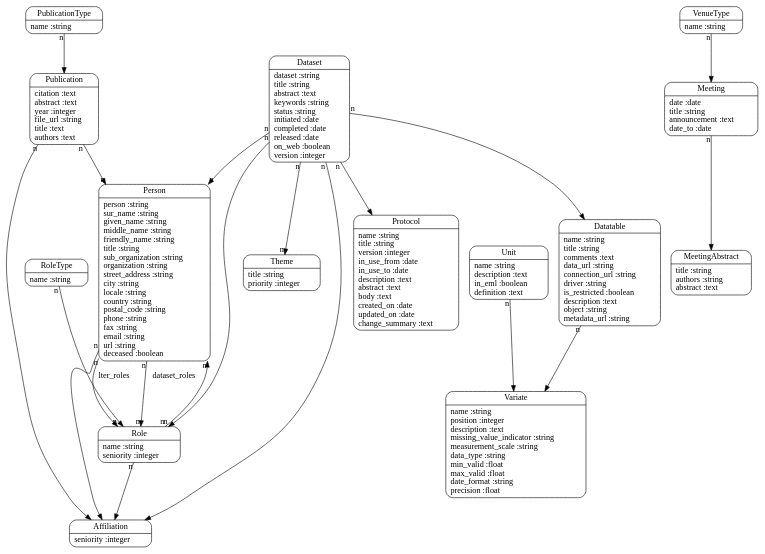
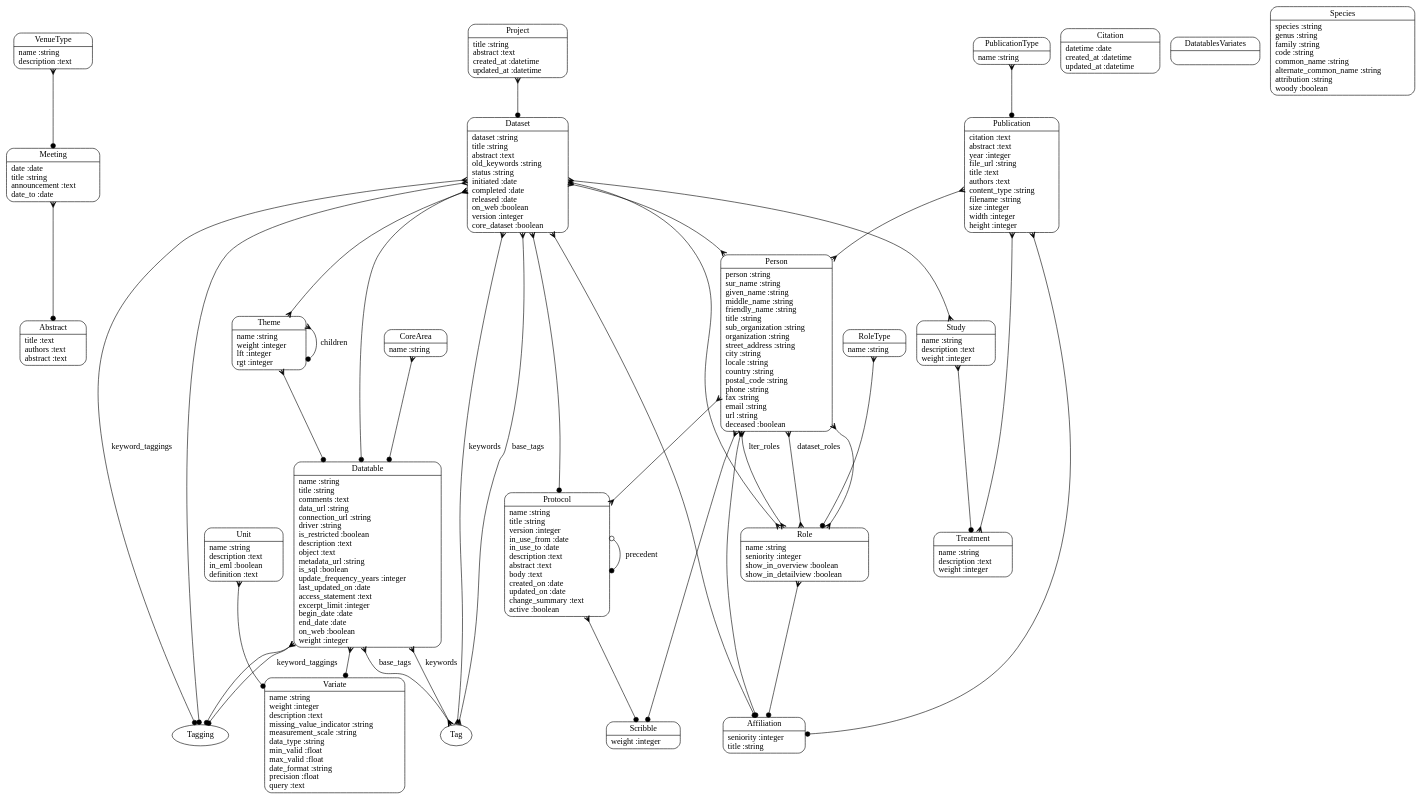
One commit to kf8a/metadata changed the diagram in doc/models.dot. Above: the diagram before and after it, drawn with Graphviz. The commit also changed 2 other files, not shown here.

```diff
--- a/doc/models.dot
+++ b/doc/models.dot
@@ -1,37 +1,64 @@
 digraph models_diagram {
 	graph[overlap=false, splines=true]
-	"Affiliation" [shape=Mrecord, label="{Affiliation|seniority :integer\l}"]
-	"Dataset" [shape=Mrecord, label="{Dataset|dataset :string\ltitle :string\labstract :text\lkeywords :string\lstatus :string\linitiated :date\lcompleted :date\lreleased :date\lon_web :boolean\lversion :integer\l}"]
-	"Datatable" [shape=Mrecord, label="{Datatable|name :string\ltitle :string\lcomments :text\ldata_url :string\lconnection_url :string\ldriver :string\lis_restricted :boolean\ldescription :text\lobject :string\lmetadata_url :string\l}"]
+	"Abstract" [shape=Mrecord, label="{Abstract|title :text\lauthors :text\labstract :text\l}"]
+	"Affiliation" [shape=Mrecord, label="{Affiliation|seniority :integer\ltitle :string\l}"]
+	"Citation" [shape=Mrecord, label="{Citation|datetime :date\lcreated_at :datetime\lupdated_at :datetime\l}"]
+	"CoreArea" [shape=Mrecord, label="{CoreArea|name :string\l}"]
+	"Dataset" [shape=Mrecord, label="{Dataset|dataset :string\ltitle :string\labstract :text\lold_keywords :string\lstatus :string\linitiated :date\lcompleted :date\lreleased :date\lon_web :boolean\lversion :integer\lcore_dataset :boolean\l}"]
+	"Datatable" [shape=Mrecord, label="{Datatable|name :string\ltitle :string\lcomments :text\ldata_url :string\lconnection_url :string\ldriver :string\lis_restricted :boolean\ldescription :text\lobject :text\lmetadata_url :string\lis_sql :boolean\lupdate_frequency_years :integer\llast_updated_on :date\laccess_statement :text\lexcerpt_limit :integer\lbegin_date :date\lend_date :date\lon_web :boolean\lweight :integer\l}"]
+	"DatatablesVariates" [shape=Mrecord, label="{DatatablesVariates|\l}"]
 	"Meeting" [shape=Mrecord, label="{Meeting|date :date\ltitle :string\lannouncement :text\ldate_to :date\l}"]
-	"MeetingAbstract" [shape=Mrecord, label="{MeetingAbstract|title :string\lauthors :string\labstract :text\l}"]
 	"Person" [shape=Mrecord, label="{Person|person :string\lsur_name :string\lgiven_name :string\lmiddle_name :string\lfriendly_name :string\ltitle :string\lsub_organization :string\lorganization :string\lstreet_address :string\lcity :string\llocale :string\lcountry :string\lpostal_code :string\lphone :string\lfax :string\lemail :string\lurl :string\ldeceased :boolean\l}"]
-	"Protocol" [shape=Mrecord, label="{Protocol|name :string\ltitle :string\lversion :integer\lin_use_from :date\lin_use_to :date\ldescription :text\labstract :text\lbody :text\lcreated_on :date\lupdated_on :date\lchange_summary :text\l}"]
-	"Publication" [shape=Mrecord, label="{Publication|citation :text\labstract :text\lyear :integer\lfile_url :string\ltitle :text\lauthors :text\l}"]
+	"Project" [shape=Mrecord, label="{Project|title :string\labstract :text\lcreated_at :datetime\lupdated_at :datetime\l}"]
+	"Protocol" [shape=Mrecord, label="{Protocol|name :string\ltitle :string\lversion :integer\lin_use_from :date\lin_use_to :date\ldescription :text\labstract :text\lbody :text\lcreated_on :date\lupdated_on :date\lchange_summary :text\lactive :boolean\l}"]
+	"Publication" [shape=Mrecord, label="{Publication|citation :text\labstract :text\lyear :integer\lfile_url :string\ltitle :text\lauthors :text\lcontent_type :string\lfilename :string\lsize :integer\lwidth :integer\lheight :integer\l}"]
 	"PublicationType" [shape=Mrecord, label="{PublicationType|name :string\l}"]
-	"Role" [shape=Mrecord, label="{Role|name :string\lseniority :integer\l}"]
+	"Role" [shape=Mrecord, label="{Role|name :string\lseniority :integer\lshow_in_overview :boolean\lshow_in_detailview :boolean\l}"]
 	"RoleType" [shape=Mrecord, label="{RoleType|name :string\l}"]
-	"Theme" [shape=Mrecord, label="{Theme|title :string\lpriority :integer\l}"]
+	"Scribble" [shape=Mrecord, label="{Scribble|weight :integer\l}"]
+	"Species" [shape=Mrecord, label="{Species|species :string\lgenus :string\lfamily :string\lcode :string\lcommon_name :string\lalternate_common_name :string\lattribution :string\lwoody :boolean\l}"]
+	"Study" [shape=Mrecord, label="{Study|name :string\ldescription :text\lweight :integer\l}"]
+	"Theme" [shape=Mrecord, label="{Theme|name :string\lweight :integer\llft :integer\lrgt :integer\l}"]
+	"Treatment" [shape=Mrecord, label="{Treatment|name :string\ldescription :text\lweight :integer\l}"]
 	"Unit" [shape=Mrecord, label="{Unit|name :string\ldescription :text\lin_eml :boolean\ldefinition :text\l}"]
-	"Variate" [shape=Mrecord, label="{Variate|name :string\lposition :integer\ldescription :text\lmissing_value_indicator :string\lmeasurement_scale :string\ldata_type :string\lmin_valid :float\lmax_valid :float\ldate_format :string\lprecision :float\l}"]
-	"VenueType" [shape=Mrecord, label="{VenueType|name :string\l}"]
-	"Dataset" -> "Theme" [taillabel="n", headlabel="n", arrowtail="normal"]
-	"Dataset" -> "Affiliation" [taillabel="n"]
-	"Dataset" -> "Person" [taillabel="n", headlabel="n", arrowtail="normal"]
-	"Dataset" -> "Protocol" [taillabel="n"]
-	"Dataset" -> "Role" [taillabel="n", headlabel="n", arrowtail="normal"]
-	"Dataset" -> "Datatable" [taillabel="n"]
-	"Datatable" -> "Variate" [taillabel="n"]
-	"Meeting" -> "MeetingAbstract" [taillabel="n"]
-	"Person" -> "Affiliation" [taillabel="n"]
-	"Person" -> "Role" [label="lter_roles", taillabel="n", headlabel="n", arrowtail="normal"]
-	"Person" -> "Role" [label="dataset_roles", taillabel="n", headlabel="n", arrowtail="normal"]
-	"Publication" -> "Affiliation" [taillabel="n"]
-	"Publication" -> "Person" [taillabel="n", headlabel="n", arrowtail="normal"]
-	"PublicationType" -> "Publication" [taillabel="n"]
-	"Role" -> "Affiliation" [taillabel="n"]
-	"Role" -> "Person" [taillabel="n", headlabel="n", arrowtail="normal"]
-	"RoleType" -> "Role" [taillabel="n"]
-	"Unit" -> "Variate" [taillabel="n"]
-	"VenueType" -> "Meeting" [taillabel="n"]
+	"Variate" [shape=Mrecord, label="{Variate|name :string\lweight :integer\ldescription :text\lmissing_value_indicator :string\lmeasurement_scale :string\ldata_type :string\lmin_valid :float\lmax_valid :float\ldate_format :string\lprecision :float\lquery :text\l}"]
+	"VenueType" [shape=Mrecord, label="{VenueType|name :string\ldescription :text\l}"]
+	"CoreArea" -> "Datatable" [arrowtail=crow, arrowhead=dot, dir=both]
+	"Dataset" -> "Datatable" [arrowtail=crow, arrowhead=dot, dir=both]
+	"Dataset" -> "Protocol" [arrowtail=crow, arrowhead=dot, dir=both]
+	"Dataset" -> "Person" [arrowtail=crow, arrowhead=crow, dir=both]
+	"Dataset" -> "Affiliation" [arrowtail=crow, arrowhead=dot, dir=both]
+	"Dataset" -> "Role" [arrowtail=crow, arrowhead=crow, dir=both]
+	"Dataset" -> "Theme" [arrowtail=crow, arrowhead=crow, dir=both]
+	"Dataset" -> "Study" [arrowtail=crow, arrowhead=crow, dir=both]
+	"Dataset" -> "Tagging" [label="keyword_taggings", arrowtail=crow, arrowhead=dot, dir=both]
+	"Dataset" -> "Tag" [label="keywords", arrowtail=crow, arrowhead=crow, dir=both]
+	"Dataset" -> "Tagging" [arrowtail=crow, arrowhead=dot, dir=both]
+	"Dataset" -> "Tag" [label="base_tags", arrowtail=crow, arrowhead=crow, dir=both]
+	"Datatable" -> "Variate" [arrowtail=crow, arrowhead=dot, dir=both]
+	"Datatable" -> "Tagging" [label="keyword_taggings", arrowtail=crow, arrowhead=dot, dir=both]
+	"Datatable" -> "Tag" [label="keywords", arrowtail=crow, arrowhead=crow, dir=both]
+	"Datatable" -> "Tagging" [arrowtail=crow, arrowhead=dot, dir=both]
+	"Datatable" -> "Tag" [label="base_tags", arrowtail=crow, arrowhead=crow, dir=both]
+	"Meeting" -> "Abstract" [arrowtail=crow, arrowhead=dot, dir=both]
+	"Person" -> "Affiliation" [arrowtail=crow, arrowhead=dot, dir=both]
+	"Person" -> "Role" [label="lter_roles", arrowtail=crow, arrowhead=crow, dir=both]
+	"Person" -> "Role" [label="dataset_roles", arrowtail=crow, arrowhead=crow, dir=both]
+	"Person" -> "Scribble" [arrowtail=crow, arrowhead=dot, dir=both]
+	"Person" -> "Protocol" [arrowtail=crow, arrowhead=crow, dir=both]
+	"Project" -> "Dataset" [arrowtail=crow, arrowhead=dot, dir=both]
+	"Protocol" -> "Scribble" [arrowtail=crow, arrowhead=dot, dir=both]
+	"Protocol" -> "Protocol" [label="precedent", arrowtail=odot, arrowhead=dot, dir=both]
+	"Publication" -> "Affiliation" [arrowtail=crow, arrowhead=dot, dir=both]
+	"Publication" -> "Person" [arrowtail=crow, arrowhead=crow, dir=both]
+	"Publication" -> "Treatment" [arrowtail=crow, arrowhead=crow, dir=both]
+	"PublicationType" -> "Publication" [arrowtail=crow, arrowhead=dot, dir=both]
+	"Role" -> "Person" [arrowtail=crow, arrowhead=crow, dir=both]
+	"Role" -> "Affiliation" [arrowtail=crow, arrowhead=dot, dir=both]
+	"RoleType" -> "Role" [arrowtail=crow, arrowhead=dot, dir=both]
+	"Study" -> "Treatment" [arrowtail=crow, arrowhead=dot, dir=both]
+	"Theme" -> "Theme" [label="children", arrowtail=crow, arrowhead=dot, dir=both]
+	"Theme" -> "Datatable" [arrowtail=crow, arrowhead=dot, dir=both]
+	"Unit" -> "Variate" [arrowtail=crow, arrowhead=dot, dir=both]
+	"VenueType" -> "Meeting" [arrowtail=crow, arrowhead=dot, dir=both]
 }
```
